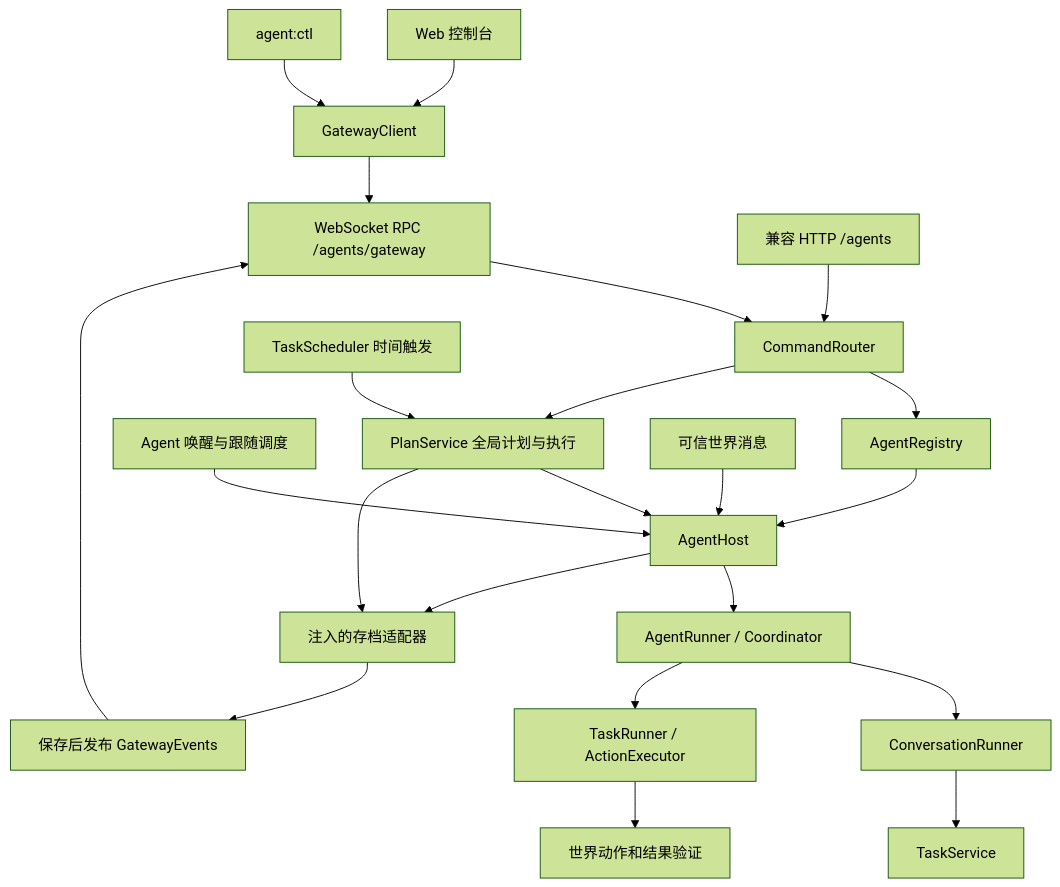
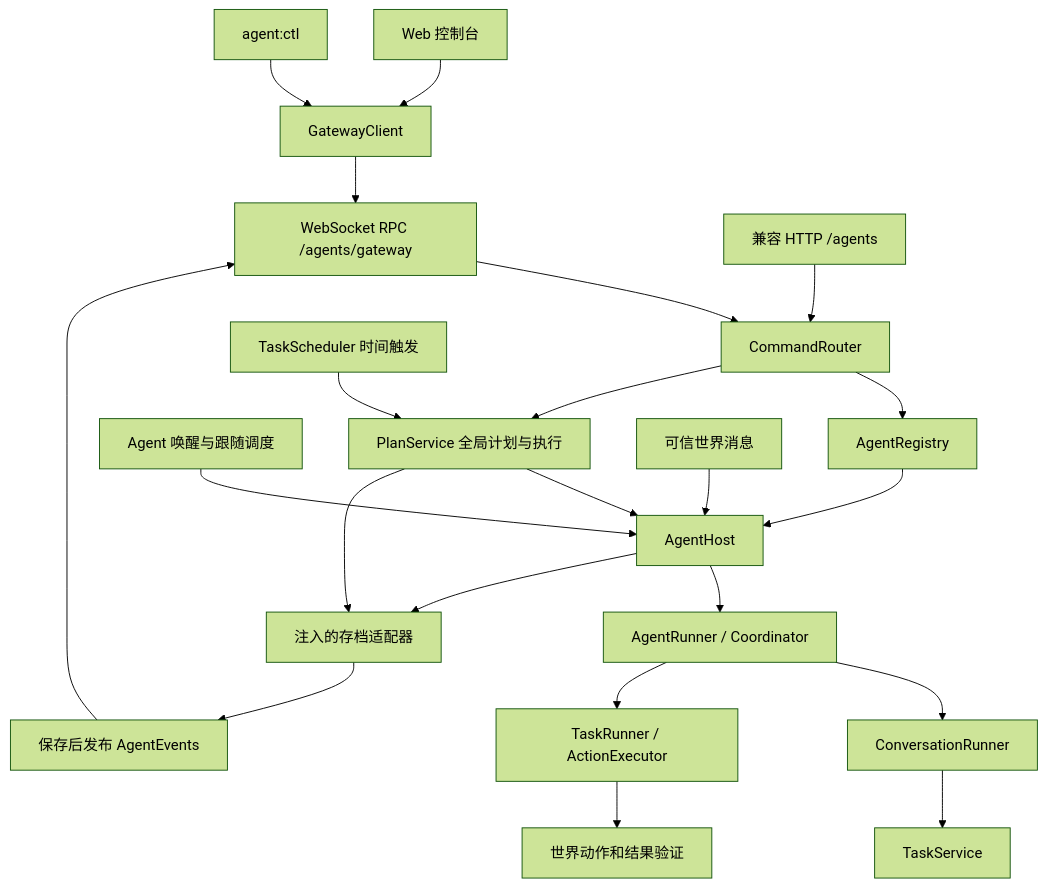
Before and after one commit to lulabs-org/agent-voxel-world: the diagram in docs/AGENT_GATEWAY.md, drawn with Mermaid (forest theme). The commit also changed 4 other files, not shown here.

Commit message:
refactor: remove remaining GatewayEvents, GatewayArchive and Change aliases

````diff
--- a/docs/AGENT_GATEWAY.md
+++ b/docs/AGENT_GATEWAY.md
@@ -5,24 +5,24 @@
 ```mermaid
 flowchart TD
   Web[Web 控制台] --> Client[GatewayClient]
   CLI[agent:ctl] --> Client
   Client --> RPC[WebSocket RPC /agents/gateway]
   HTTP[兼容 HTTP /agents] --> Router[CommandRouter]
   RPC --> Router
   Router --> Registry[AgentRegistry]
   Scheduler[Agent 唤醒与跟随调度] --> Host[AgentHost]
   Router --> Plans[PlanService 全局计划与执行]
   Timer[TaskScheduler 时间触发] --> Plans
   Plans --> Host
   Plans --> Archive
   Registry --> Host
   Host --> Runner[AgentRunner / Coordinator]
   Player[可信世界消息] --> Host
   Runner --> Conversation[ConversationRunner]
   Runner --> Task[TaskRunner / ActionExecutor]
   Conversation --> Rules[TaskService]
   Task --> World[世界动作和结果验证]
   Host --> Archive[注入的存档适配器]
-  Archive --> Events[保存后发布 GatewayEvents]
+  Archive --> Events[保存后发布 AgentEvents]
   Events --> RPC
 ```
````
